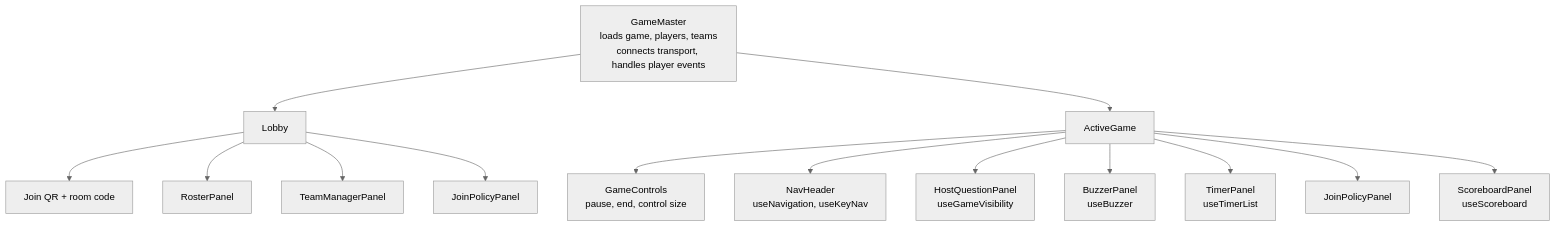
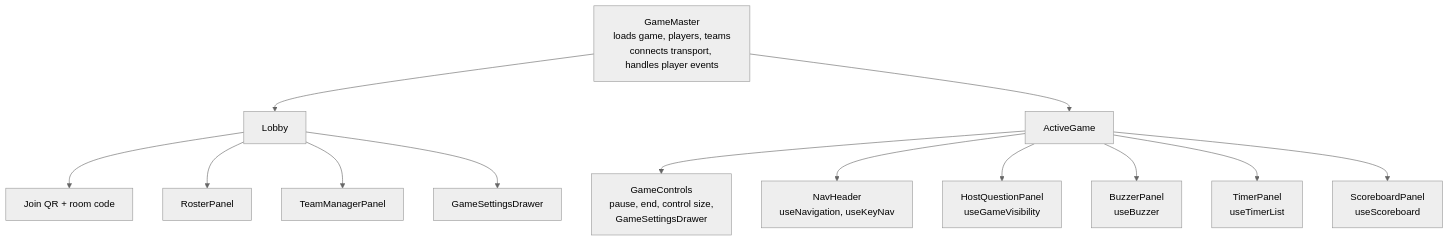
The eighth of 9 diagrams in docs/ARCHITECTURE.md (morbeo/viktorani), drawn with Mermaid (neutral theme) before and after one commit. The commit also changed other lines of this file and 11 other files, not shown here.

First line of the commit message:
feat(admin): compact, grouped game settings with presets (#384)

````diff
--- a/docs/ARCHITECTURE.md
+++ b/docs/ARCHITECTURE.md
@@ -311,17 +312,16 @@
 ```mermaid
 flowchart TD
   GM[GameMaster<br/>loads game, players, teams<br/>connects transport, handles player events]
   GM --> Lobby
   GM --> Active[ActiveGame]
   Lobby --> QR[Join QR + room code]
   Lobby --> Roster[RosterPanel]
   Lobby --> Teams[TeamManagerPanel]
-  Lobby --> Join1[JoinPolicyPanel]
-  Active --> Controls[GameControls<br/>pause, end, control size]
+  Lobby --> Settings1[GameSettingsDrawer]
+  Active --> Controls[GameControls<br/>pause, end, control size,<br/>GameSettingsDrawer]
   Active --> Nav[NavHeader<br/>useNavigation, useKeyNav]
   Active --> Q[HostQuestionPanel<br/>useGameVisibility]
   Active --> Buzz[BuzzerPanel<br/>useBuzzer]
   Active --> Timers[TimerPanel<br/>useTimerList]
-  Active --> Join2[JoinPolicyPanel]
   Active --> Score[ScoreboardPanel<br/>useScoreboard]
 ```
````
